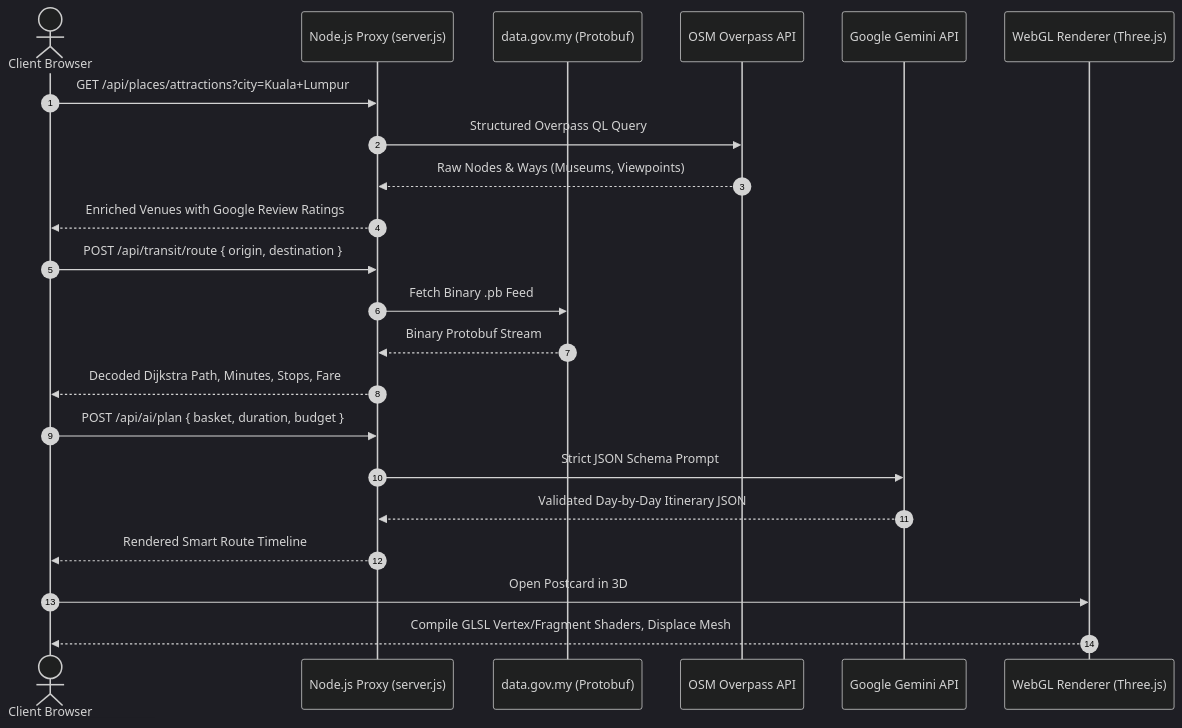
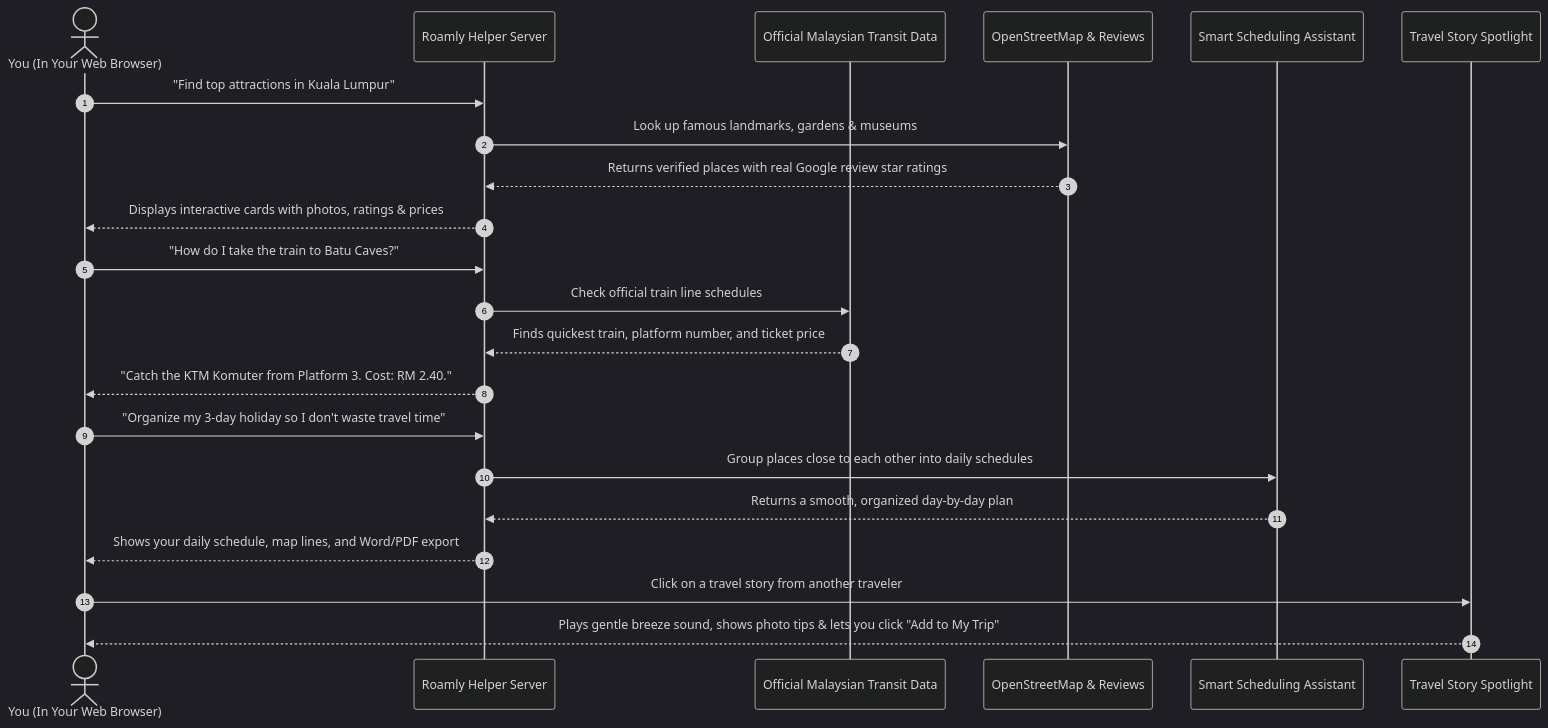
Before and after one commit to sharonxinn/Plan_Trip: the ninth of 15 diagrams in README.md, drawn with Mermaid (dark theme). The commit also changed other lines of this file and 21 other files, not shown here.

````diff
--- a/README.md
+++ b/README.md
@@ -492,25 +497,25 @@
 ```mermaid
 sequenceDiagram
     autonumber
-    actor User as Client Browser
-    participant Express as Node.js Proxy (server.js)
-    participant GTFS as data.gov.my (Protobuf)
-    participant Overpass as OSM Overpass API
-    participant Gemini as Google Gemini API
-    participant Three as WebGL Renderer (Three.js)
+    actor You as You (In Your Web Browser)
+    participant AppServer as Roamly Helper Server
+    participant GovTransit as Official Malaysian Transit Data
+    participant MapData as OpenStreetMap & Reviews
+    participant SmartAI as Smart Scheduling Assistant
+    participant Spotlight as Travel Story Spotlight
 
-    User->>Express: GET /api/places/attractions?city=Kuala+Lumpur
-    Express->>Overpass: Structured Overpass QL Query
-    Overpass-->>Express: Raw Nodes & Ways (Museums, Viewpoints)
-    Express-->>User: Enriched Venues with Google Review Ratings
-    User->>Express: POST /api/transit/route { origin, destination }
-    Express->>GTFS: Fetch Binary .pb Feed
-    GTFS-->>Express: Binary Protobuf Stream
-    Express-->>User: Decoded Dijkstra Path, Minutes, Stops, Fare
-    User->>Express: POST /api/ai/plan { basket, duration, budget }
-    Express->>Gemini: Strict JSON Schema Prompt
-    Gemini-->>Express: Validated Day-by-Day Itinerary JSON
-    Express-->>User: Rendered Smart Route Timeline
-    User->>Three: Open Postcard in 3D
-    Three-->>User: Compile GLSL Vertex/Fragment Shaders, Displace Mesh
+    You->>AppServer: "Find top attractions in Kuala Lumpur"
+    AppServer->>MapData: Look up famous landmarks, gardens & museums
+    MapData-->>AppServer: Returns verified places with real Google review star ratings
+    AppServer-->>You: Displays interactive cards with photos, ratings & prices
+    You->>AppServer: "How do I take the train to Batu Caves?"
+    AppServer->>GovTransit: Check official train line schedules
+    GovTransit-->>AppServer: Finds quickest train, platform number, and ticket price
+    AppServer-->>You: "Catch the KTM Komuter from Platform 3. Cost: RM 2.40."
+    You->>AppServer: "Organize my 3-day holiday so I don't waste travel time"
+    AppServer->>SmartAI: Group places close to each other into daily schedules
+    SmartAI-->>AppServer: Returns a smooth, organized day-by-day plan
+    AppServer-->>You: Shows your daily schedule, map lines, and Word/PDF export
+    You->>Spotlight: Click on a travel story from another traveler
+    Spotlight-->>You: Plays gentle breeze sound, shows photo tips & lets you click "Add to My Trip"
 ```
````
